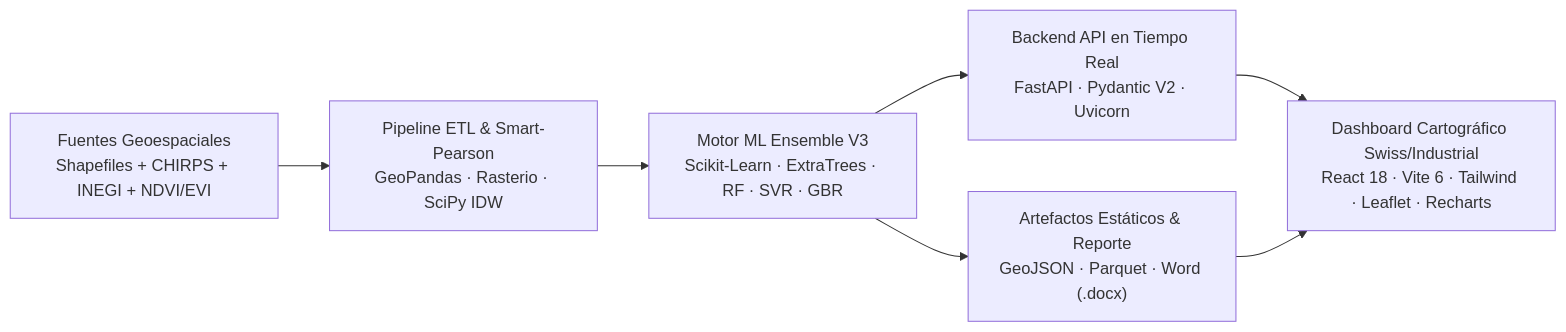
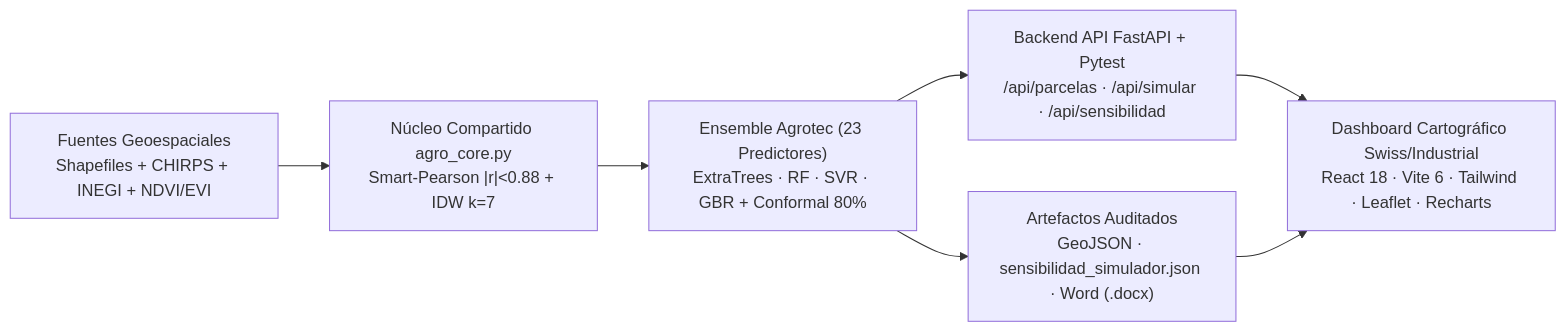
Before and after one commit to GalekTato/Agrotec-Amanteca: the diagram in README.md, drawn with Mermaid. The commit also changed other lines of this file and 39 other files, not shown here.

Commit message:
feat(v4): paridad exacta 23 vars CV/modelo, intervalo conformal 80%, simulador real precalculado y suite pytest

````diff
--- a/README.md
+++ b/README.md
@@ -69,9 +80,9 @@
 ```mermaid
 flowchart LR
-    A["Fuentes Geoespaciales<br/>Shapefiles + CHIRPS + INEGI + NDVI/EVI"] --> B["Pipeline ETL & Smart-Pearson<br/>GeoPandas · Rasterio · SciPy IDW"]
-    B --> C["Motor ML Ensemble V3<br/>Scikit-Learn · ExtraTrees · RF · SVR · GBR"]
-    C --> D["Backend API en Tiempo Real<br/>FastAPI · Pydantic V2 · Uvicorn"]
-    C --> E["Artefactos Estáticos & Reporte<br/>GeoJSON · Parquet · Word (.docx)"]
+    A["Fuentes Geoespaciales<br/>Shapefiles + CHIRPS + INEGI + NDVI/EVI"] --> B["Núcleo Compartido agro_core.py<br/>Smart-Pearson |r|<0.88 + IDW k=7"]
+    B --> C["Ensemble Agrotec (23 Predictores)<br/>ExtraTrees · RF · SVR · GBR + Conformal 80%"]
+    C --> D["Backend API FastAPI + Pytest<br/>/api/parcelas · /api/simular · /api/sensibilidad"]
+    C --> E["Artefactos Auditados<br/>GeoJSON · sensibilidad_simulador.json · Word (.docx)"]
     D --> F["Dashboard Cartográfico Swiss/Industrial<br/>React 18 · Vite 6 · Tailwind · Leaflet · Recharts"]
     E --> F
 ```
````
